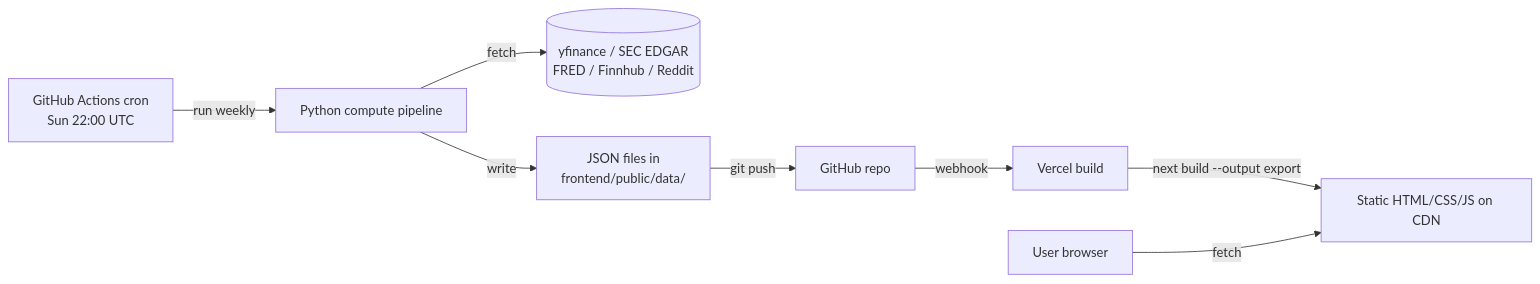
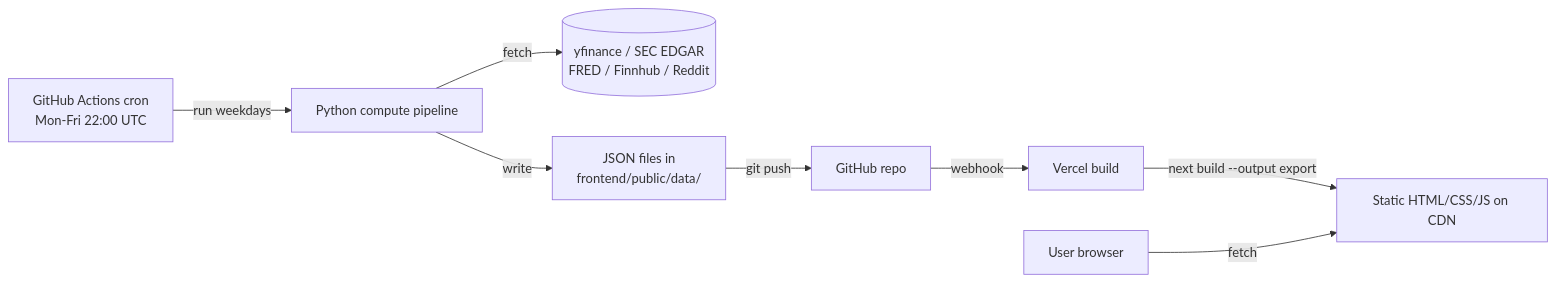
Before and after one commit to dackclup/quantrank: the diagram in docs/ARCHITECTURE.md, drawn with Mermaid. The commit also changed 5 other files, not shown here.

First line of the commit message:
docs: correct stale cron schedule (Sun → Mon-Fri) across 4 files + subagent count 15 → 18 + INFLIGHT.md housekeeping

````diff
--- a/docs/ARCHITECTURE.md
+++ b/docs/ARCHITECTURE.md
@@ -5,10 +5,10 @@
 ```mermaid
 flowchart LR
-    A[GitHub Actions cron<br/>Sun 22:00 UTC] -->|run weekly| B[Python compute pipeline]
+    A[GitHub Actions cron<br/>Mon-Fri 22:00 UTC] -->|run weekdays| B[Python compute pipeline]
     B -->|fetch| C[(yfinance / SEC EDGAR<br/>FRED / Finnhub / Reddit)]
     B -->|write| D[JSON files in<br/>frontend/public/data/]
     D -->|git push| E[GitHub repo]
     E -->|webhook| F[Vercel build]
     F -->|next build --output export| G[Static HTML/CSS/JS on CDN]
     H[User browser] -->|fetch| G
 ```
````
